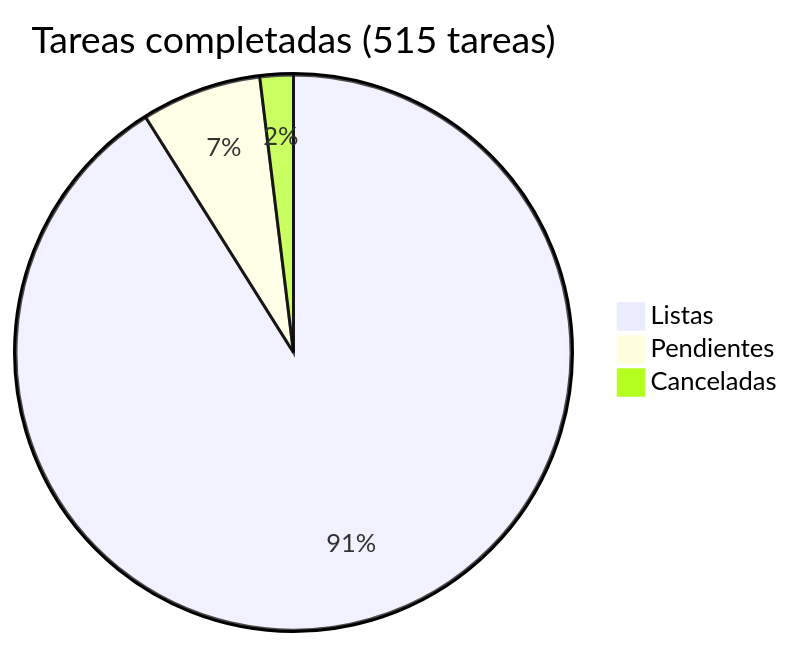
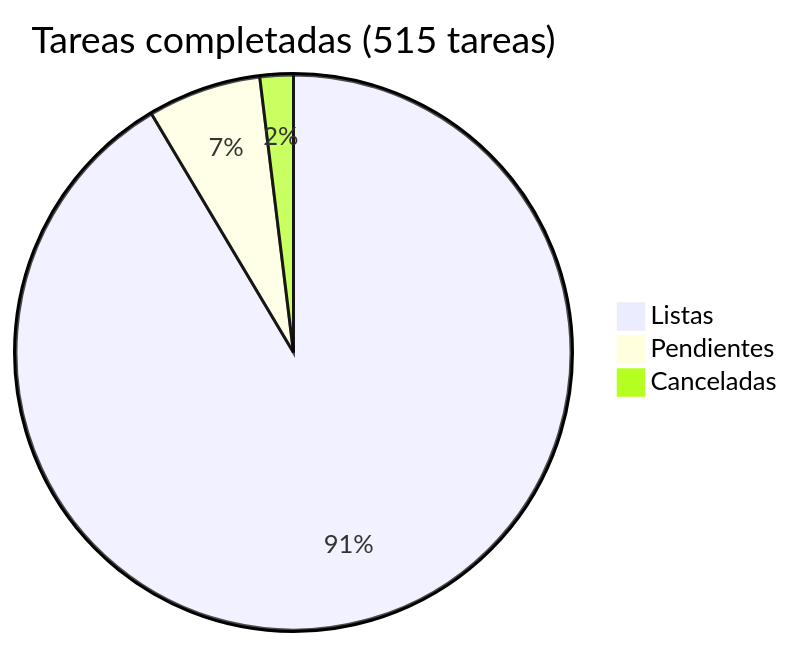
One commit to araguaney-lat/araguaney changed the diagram in docs/roadmap/README.md. Above: the diagram before and after it, drawn with Mermaid. The commit also changed other lines of this file and 3 other files, not shown here.

````diff
--- a/docs/roadmap/README.md
+++ b/docs/roadmap/README.md
@@ -5,6 +5,6 @@
 ```mermaid
 pie title Tareas completadas (515 tareas)
-    "Listas" : 469
-    "Pendientes" : 36
+    "Listas" : 471
+    "Pendientes" : 34
     "Canceladas" : 10
 ```
````
